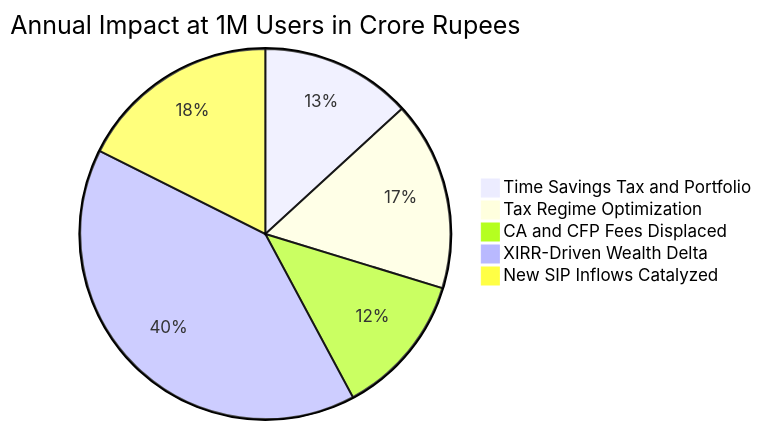
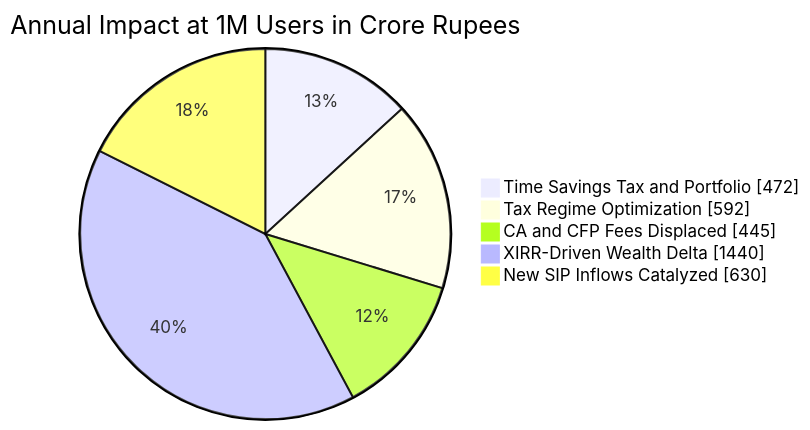
One commit to Devguru-codes/AI-Money-Mentor changed the first of 2 diagrams in IMPACT_MODEL.md. Above: the diagram before and after it, drawn with Mermaid. The commit also changed other lines of this file and 10 other files, not shown here.

Commit message:
Fix mermaid diagrams in docs and resolve failing backend test suites

````diff
--- a/IMPACT_MODEL.md
+++ b/IMPACT_MODEL.md
@@ -132,8 +132,9 @@
 ```mermaid
-pie title Annual Impact at 1M Users in Crore Rupees
+pie showData
+    title Annual Impact at 1M Users in Crore Rupees
     "Time Savings Tax and Portfolio" : 472
     "Tax Regime Optimization" : 592
     "CA and CFP Fees Displaced" : 445
     "XIRR-Driven Wealth Delta" : 1440
     "New SIP Inflows Catalyzed" : 630
 ```
````
